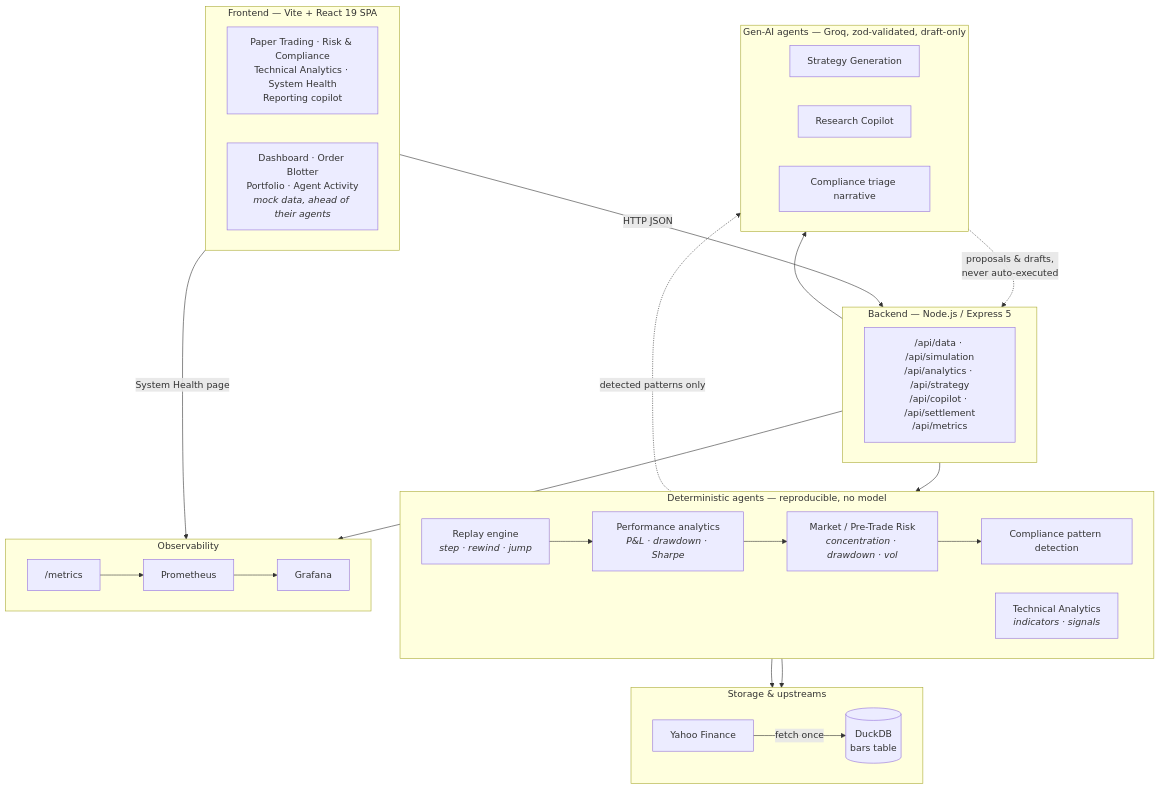
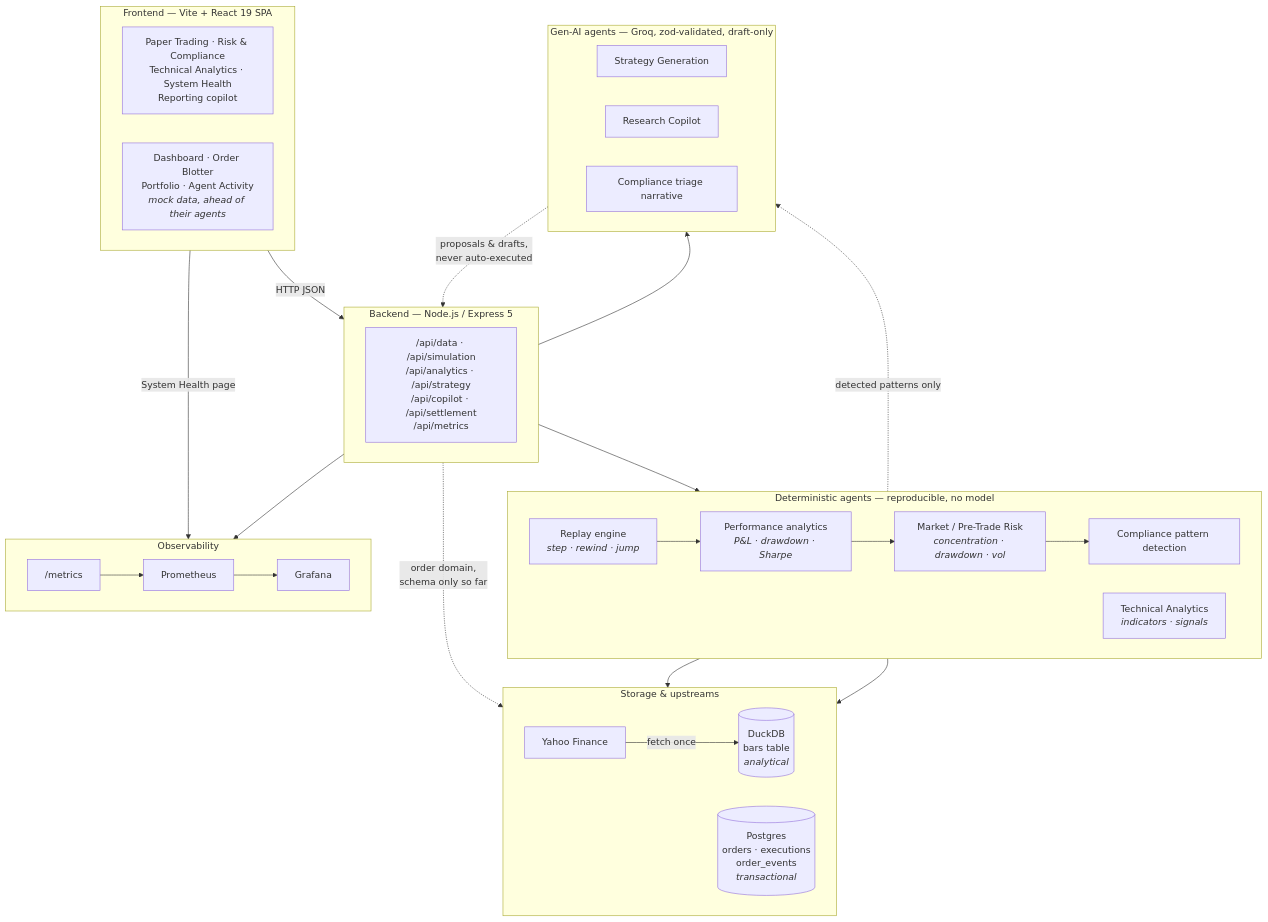
Before and after one commit to thompgt/trading-platform-stp: the diagram in README.md, drawn with Mermaid. The commit also changed other lines of this file and 2 other files, not shown here.

````diff
--- a/README.md
+++ b/README.md
@@ -119,58 +130,60 @@
 ```mermaid
 flowchart TB
     subgraph UI["Frontend — Vite + React 19 SPA"]
         direction LR
         LivePages["Paper Trading · Risk &amp; Compliance<br/>Technical Analytics · System Health<br/>Reporting copilot"]
         MockPages["Dashboard · Order Blotter<br/>Portfolio · Agent Activity<br/><i>mock data, ahead of their agents</i>"]
     end
 
     subgraph API["Backend — Node.js / Express 5"]
         direction LR
         Routes["/api/data · /api/simulation<br/>/api/analytics · /api/strategy<br/>/api/copilot · /api/settlement<br/>/api/metrics"]
     end
 
     subgraph Rules["Deterministic agents — reproducible, no model"]
         direction LR
         Replay["Replay engine<br/><i>step · rewind · jump</i>"]
         Perf["Performance analytics<br/><i>P&amp;L · drawdown · Sharpe</i>"]
         TA["Technical Analytics<br/><i>indicators · signals</i>"]
         Risk["Market / Pre-Trade Risk<br/><i>concentration · drawdown · vol</i>"]
         Patterns["Compliance pattern detection"]
     end
 
     subgraph GenAI["Gen-AI agents — Groq, zod-validated, draft-only"]
         direction LR
         Strategy["Strategy Generation"]
         Copilot["Research Copilot"]
         Triage["Compliance triage narrative"]
     end
 
     subgraph Data["Storage &amp; upstreams"]
         direction LR
-        Duck[("DuckDB<br/>bars table")]
+        Duck[("DuckDB<br/>bars table<br/><i>analytical</i>")]
+        PG[("Postgres<br/>orders · executions<br/>order_events<br/><i>transactional</i>")]
         Yahoo["Yahoo Finance"]
     end
 
     subgraph Obs["Observability"]
         direction LR
         Metrics["/metrics"]
         Prom["Prometheus"]
         Graf["Grafana"]
     end
 
     LivePages -->|HTTP JSON| Routes
     Routes --> Rules
     Routes --> GenAI
     Replay --> Perf
     Perf --> Risk
     Risk --> Patterns
     Patterns -.->|detected patterns only| Triage
     Rules --> Duck
     TA --> Duck
     Yahoo -->|fetch once| Duck
+    Routes -.->|order domain,<br/>schema only so far| PG
     GenAI -.->|proposals &amp; drafts,<br/>never auto-executed| Routes
     Routes --> Metrics
     Metrics --> Prom
     Prom --> Graf
     LivePages -->|System Health page| Metrics
 ```
````
